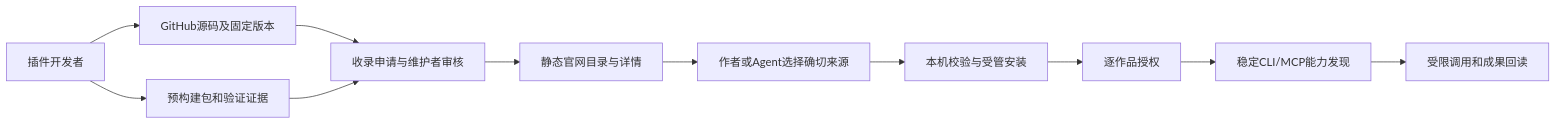
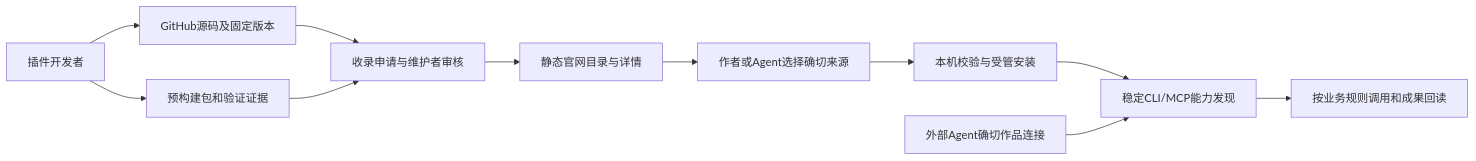
The first of 2 diagrams in docs/plugin/24-插件目录与分发治理.md (limecloud/hetu), drawn with Mermaid before and after one commit. The commit also changed other lines of this file and 20 other files, not shown here.

````diff
--- a/docs/plugin/24-插件目录与分发治理.md
+++ b/docs/plugin/24-插件目录与分发治理.md
@@ -38,13 +38,13 @@
 ```mermaid
 flowchart LR
     Dev[插件开发者] --> Repo[GitHub源码及固定版本]
     Dev --> Build[预构建包和验证证据]
     Repo --> Review[收录申请与维护者审核]
     Build --> Review
     Review --> Site[静态官网目录与详情]
     Site --> Choice[作者或Agent选择确切来源]
     Choice --> Local[本机校验与受管安装]
-    Local --> Grant[逐作品授权]
-    Grant --> Discovery[稳定CLI/MCP能力发现]
-    Discovery --> Data[受限调用和成果回读]
+    Local --> Discovery[稳定CLI/MCP能力发现]
+    AgentScope[外部Agent确切作品连接] --> Discovery
+    Discovery --> Data[按业务规则调用和成果回读]
 ```
````
